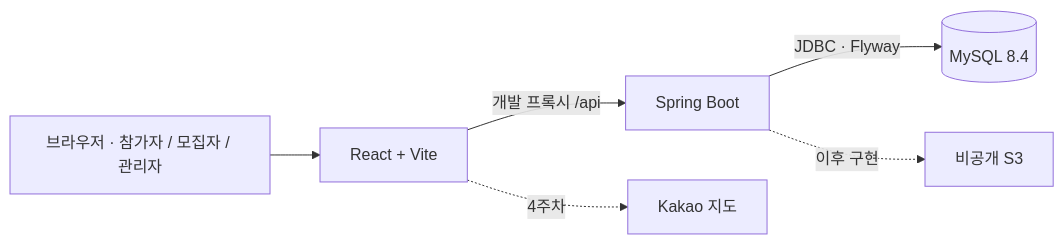
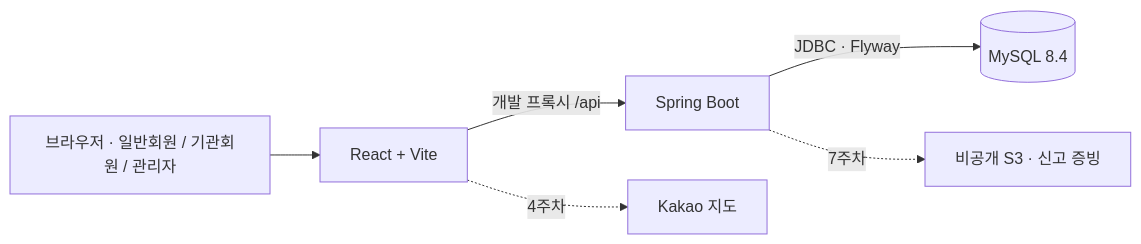
Before and after one commit to lov22eee/Volink: the first of 4 diagrams in docs/architecture.md, drawn with Mermaid. The commit also changed other lines of this file and 37 other files, not shown here.

First line of the commit message:
feat: complete week 2 spec, V3 schema, input rules and handoff

````diff
--- a/docs/architecture.md
+++ b/docs/architecture.md
@@ -7,8 +11,8 @@
 ```mermaid
 flowchart LR
-    B[브라우저 · 참가자 / 모집자 / 관리자] --> F[React + Vite]
+    B[브라우저 · 일반회원 / 기관회원 / 관리자] --> F[React + Vite]
     F -->|개발 프록시 /api| A[Spring Boot]
     A -->|JDBC · Flyway| D[(MySQL 8.4)]
     F -. 4주차 .-> K[Kakao 지도]
-    A -. 이후 구현 .-> S[비공개 S3]
+    A -. 7주차 .-> S[비공개 S3 · 신고 증빙]
 ```
````
